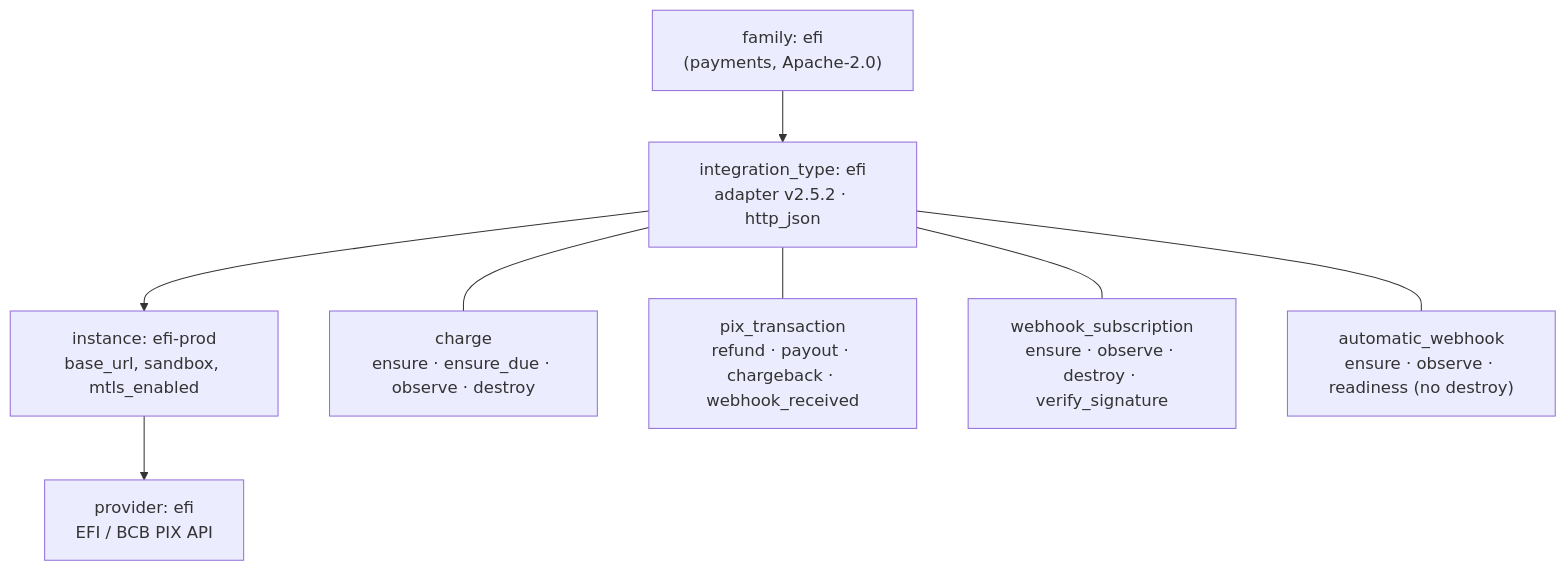
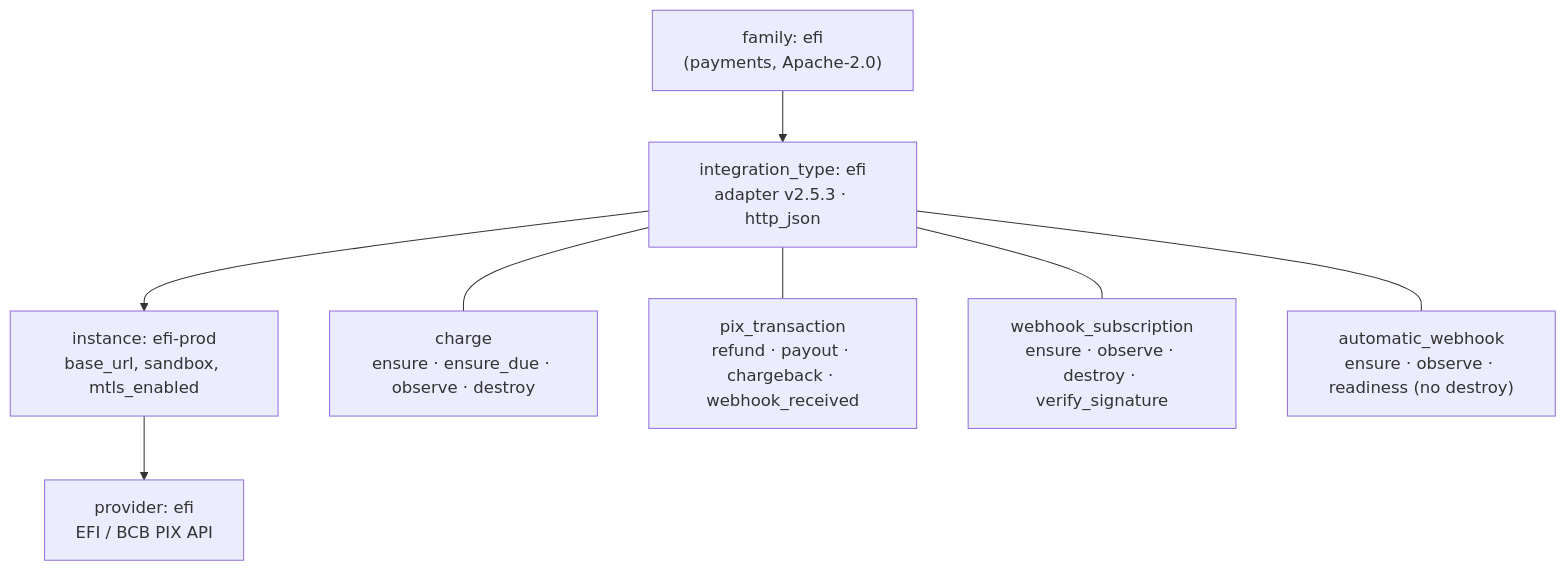
Before and after one commit to dakasa-yggdrasil/integration-efi: the second of 3 diagrams in README.md, drawn with Mermaid. The commit also changed other lines of this file and 10 other files, not shown here.

````diff
--- a/README.md
+++ b/README.md
@@ -73,13 +73,13 @@
 ```mermaid
 flowchart TD
   fam["family: efi<br/>(payments, Apache-2.0)"]
-  typ["integration_type: efi<br/>adapter v2.5.2 · http_json"]
+  typ["integration_type: efi<br/>adapter v2.5.3 · http_json"]
   inst["instance: efi-prod<br/>base_url, sandbox, mtls_enabled"]
   prov["provider: efi<br/>EFI / BCB PIX API"]
   fam --> typ --> inst --> prov
 
   typ --- rt1["charge<br/>ensure · ensure_due · observe · destroy"]
   typ --- rt2["pix_transaction<br/>refund · payout · chargeback · webhook_received"]
   typ --- rt3["webhook_subscription<br/>ensure · observe · destroy · verify_signature"]
   typ --- rt4["automatic_webhook<br/>ensure · observe · readiness (no destroy)"]
 ```
````
